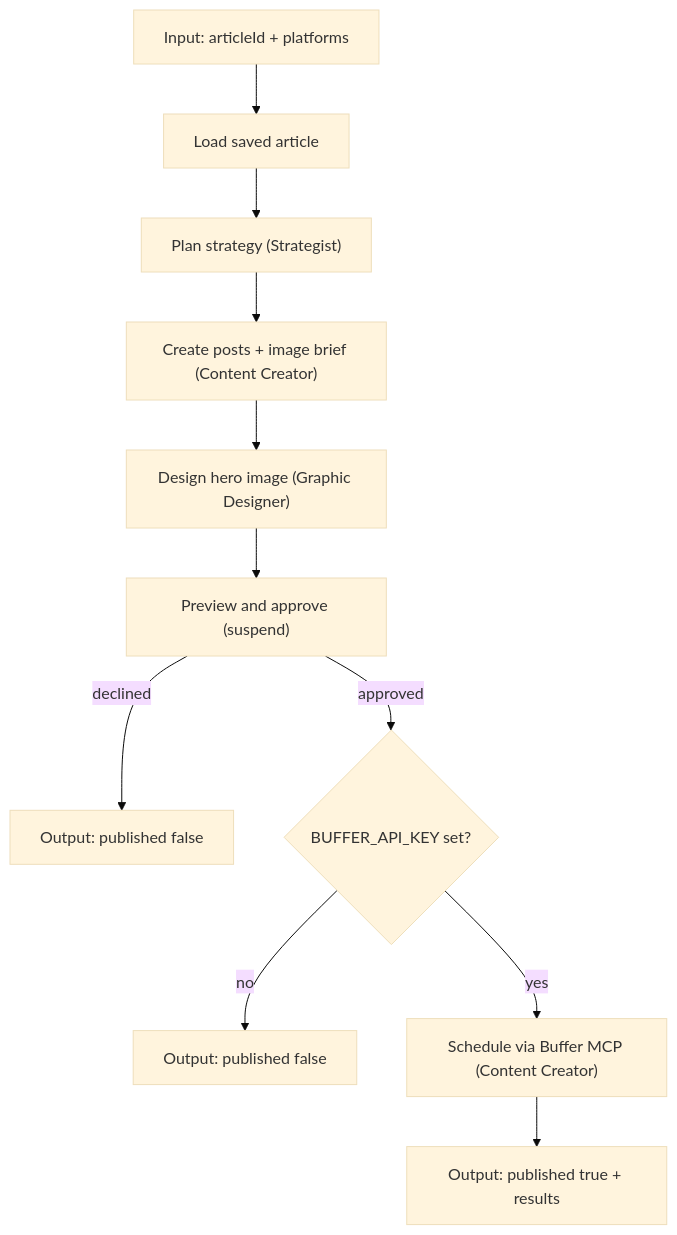
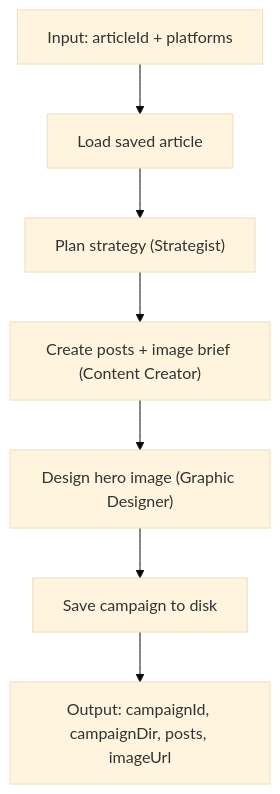
One commit to foxbit19/agentic-writer changed the second of 2 diagrams in docs/workflows.md. Above: the diagram before and after it, drawn with Mermaid (base theme). The commit also changed other lines of this file and 3 other files, not shown here.

````diff
--- a/docs/workflows.md
+++ b/docs/workflows.md
@@ -54,13 +68,9 @@
 ```mermaid
 flowchart TD
     input["Input: articleId + platforms"] --> prepare["Load saved article"]
     prepare --> strategy["Plan strategy (Strategist)"]
     strategy --> create["Create posts + image brief (Content Creator)"]
     create --> design["Design hero image (Graphic Designer)"]
-    design --> preview["Preview and approve (suspend)"]
-    preview -->|declined| declined["Output: published false"]
-    preview -->|approved| bufferKey{BUFFER_API_KEY set?}
-    bufferKey -->|no| noKey["Output: published false"]
-    bufferKey -->|yes| publish["Schedule via Buffer MCP (Content Creator)"]
-    publish --> published["Output: published true + results"]
+    design --> save["Save campaign to disk"]
+    save --> output["Output: campaignId, campaignDir, posts, imageUrl"]
 ```
````
